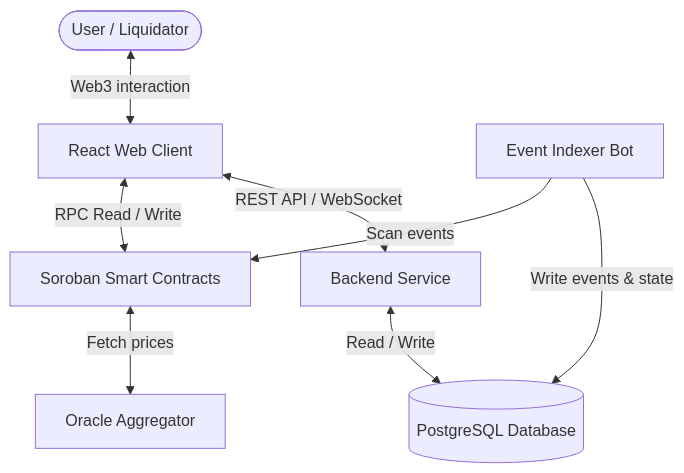
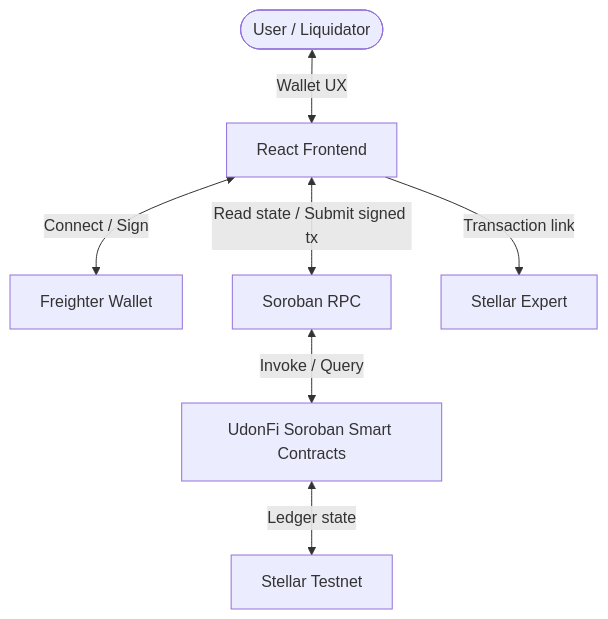
One commit to TheAnh1404/UdonFi changed the diagram in diagrams/architecture_overview.md. Above: the diagram before and after it, drawn with Mermaid. The commit also changed other lines of this file and 191 other files, not shown here.

````diff
--- a/diagrams/architecture_overview.md
+++ b/diagrams/architecture_overview.md
@@ -5,10 +5,9 @@
 ```mermaid
 graph TD
-    User([User / Liquidator]) <--> |Web3 interaction| FE[React Web Client]
-    FE <--> |RPC Read / Write| SC[Soroban Smart Contracts]
-    FE <--> |REST API / WebSocket| BE[Backend Service]
-    Indexer[Event Indexer Bot] --> |Scan events| SC
-    Indexer --> |Write events & state| DB[(PostgreSQL Database)]
-    BE <--> |Read / Write| DB
-    SC <--> |Fetch prices| Oracle[Oracle Aggregator]
+    User([User / Liquidator]) <--> |Wallet UX| FE[React Frontend]
+    FE <--> |Connect / Sign| Wallet[Freighter Wallet]
+    FE <--> |Read state / Submit signed tx| RPC[Soroban RPC]
+    RPC <--> |Invoke / Query| SC[UdonFi Soroban Smart Contracts]
+    SC <--> |Ledger state| Stellar[Stellar Testnet]
+    FE --> |Transaction link| Expert[Stellar Expert]
 ```
````
